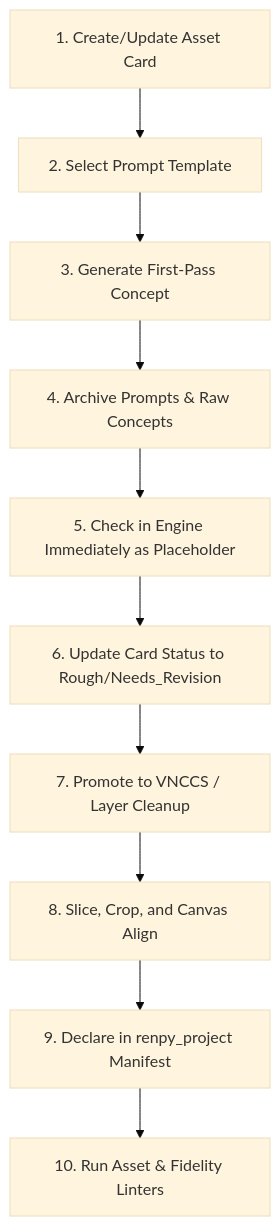
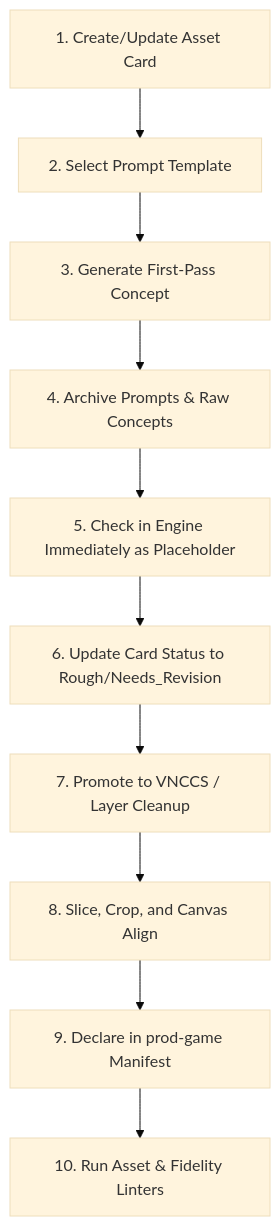
Before and after one commit to mikezilla14/untitled-victorian-vn: the diagram in docs/art/PRODUCTION_WORKFLOW.md, drawn with Mermaid (base theme). The commit also changed other lines of this file and 728 other files, not shown here.

````diff
--- a/docs/art/PRODUCTION_WORKFLOW.md
+++ b/docs/art/PRODUCTION_WORKFLOW.md
@@ -11,12 +11,12 @@
 ```mermaid
 flowchart TD
   1[1. Create/Update Asset Card] --> 2[2. Select Prompt Template]
   2 --> 3[3. Generate First-Pass Concept]
   3 --> 4[4. Archive Prompts & Raw Concepts]
   4 --> 5[5. Check in Engine Immediately as Placeholder]
   5 --> 6[6. Update Card Status to Rough/Needs_Revision]
   6 --> 7[7. Promote to VNCCS / Layer Cleanup]
   7 --> 8[8. Slice, Crop, and Canvas Align]
-  8 --> 9[9. Declare in renpy_project Manifest]
+  8 --> 9[9. Declare in prod-game Manifest]
   9 --> 10[10. Run Asset & Fidelity Linters]
 ```
````
